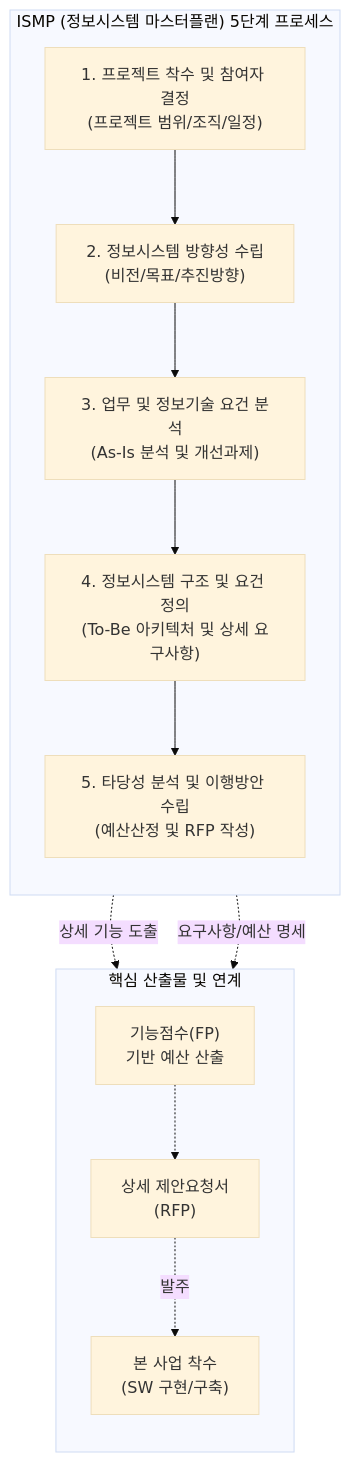
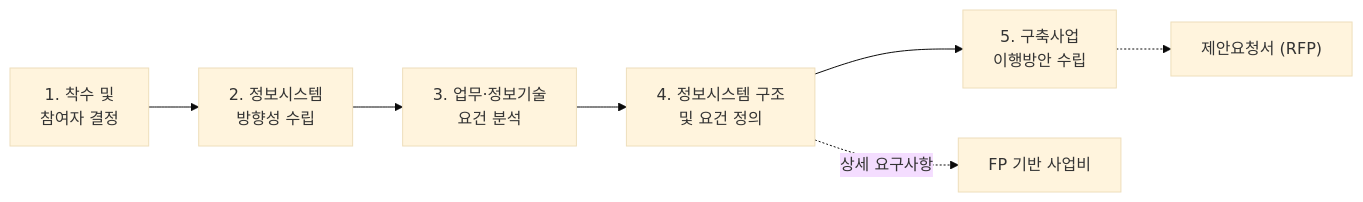
The diagram in content/01_IT Tech/ISMP.md (supremethumb/supremethumb.github.io), drawn with Mermaid (base theme) before and after one commit. The commit also changed other lines of this file and 1087 other files, not shown here.

````diff
--- a/content/01_IT Tech/ISMP.md
+++ b/content/01_IT Tech/ISMP.md
@@ -27,27 +34,6 @@
 ```mermaid
-flowchart TD
-    subgraph "ISMP (정보시스템 마스터플랜) 5단계 프로세스"
-        direction TB
-        
-        P1["1. 프로젝트 착수 및 참여자 결정<br/>(프로젝트 범위/조직/일정)"]
-        P2["2. 정보시스템 방향성 수립<br/>(비전/목표/추진방향)"]
-        P3["3. 업무 및 정보기술 요건 분석<br/>(As-Is 분석 및 개선과제)"]
-        P4["4. 정보시스템 구조 및 요건 정의<br/>(To-Be 아키텍처 및 상세 요구사항)"]
-        P5["5. 타당성 분석 및 이행방안 수립<br/>(예산산정 및 RFP 작성)"]
-        
-        P1 --> P2 --> P3 --> P4 --> P5
-    end
-    
-    subgraph "핵심 산출물 및 연계"
-        direction TB
-        FP["기능점수(FP)<br/>기반 예산 산출"]
-        RFP["상세 제안요청서<br/>(RFP)"]
-        Impl["본 사업 착수<br/>(SW 구현/구축)"]
-        
-        P4 -. "상세 기능 도출" .-> FP
-        P5 -. "요구사항/예산 명세" .-> RFP
-        FP -.-> RFP
-        RFP -. "발주" .-> Impl
-    end
-
+flowchart LR
+    P1["1. 착수 및<br/>참여자 결정"] --> P2["2. 정보시스템<br/>방향성 수립"] --> P3["3. 업무·정보기술<br/>요건 분석"] --> P4["4. 정보시스템 구조<br/>및 요건 정의"] --> P5["5. 구축사업<br/>이행방안 수립"]
+    P4 -.->|"상세 요구사항"| FP["FP 기반 사업비"]
+    P5 -.-> RFP["제안요청서 (RFP)"]
 ```
````
